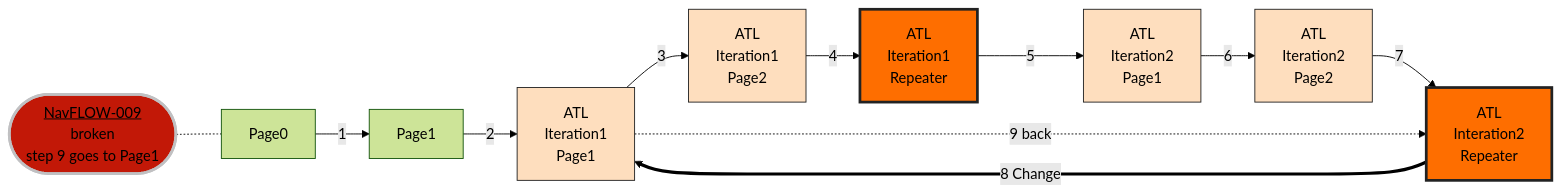
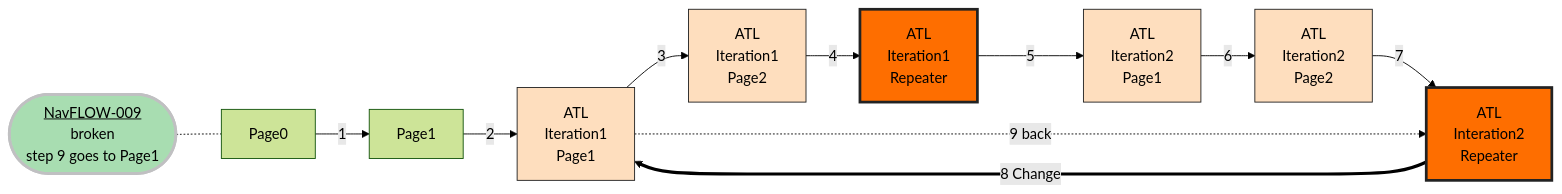
Before and after one commit to hmrc/gform-frontend: the ninth of 20 diagrams in Navigation.md, drawn with Mermaid. The commit also changed other lines of this file, not shown here.

Commit message:
Navigation red -> green title

````diff
--- a/Navigation.md
+++ b/Navigation.md
@@ -245,31 +247,31 @@
 ```mermaid
 %%{init: {'theme': 'forest', "flowchart" : { "curve" : "basis" } } }%%
 graph LR;
     title([<u>NavFLOW-009</u><br>broken<br>step 9 goes to Page1])
     title -.- Page0
     Page0 --> |1| Page1
     Page1 --> |2| ATLPage1["ATL<br>Iteration1<br>Page1"]
 
     ATLPage1 --> |3| ATLPage2["ATL<br>Iteration1<br>Page2"]
     ATLPage2 --> |4| ATLRepeater["ATL<br>Iteration1<br>Repeater"]
     ATLRepeater --> |5| ATLPage12["ATL<br>Iteration2<br>Page1"]
 
     ATLPage12 --> |6| ATLPage22["ATL<br>Iteration2<br>Page2"]
     ATLPage22 --> |7| ATLRepeater2["ATL<br>Interation2<br>Repeater"]
     ATLRepeater2 ===> |8 Change| ATLPage1
     ATLPage1 -.9 back.-> ATLRepeater2
 
 
     classDef orange fill:#fedebe,stroke:#222,stroke-width:1px
     classDef orangeCYA fill:#ffaf42,stroke:#222,stroke-width:2px
     classDef orangeRepeater fill:#fe6e00,stroke:#222,stroke-width:3px
     class ATLRepeater orangeRepeater
     class ATLPage2 orange
     class ATLPage1 orange
     class ATLPage12 orange
     class ATLPage22 orange
     class ATLRepeater2 orangeRepeater
+    classDef redTitle fill:#c21807 ,stroke:#c0c0c2,stroke-width:3px
     classDef greenTitle fill:#a8ddb1 ,stroke:#c0c0c2,stroke-width:3px
-    classDef redTitle fill:#c21807 ,stroke:#c0c0c2,stroke-width:3px
-    class title redTitle
+    class title greenTitle
 ```
````
